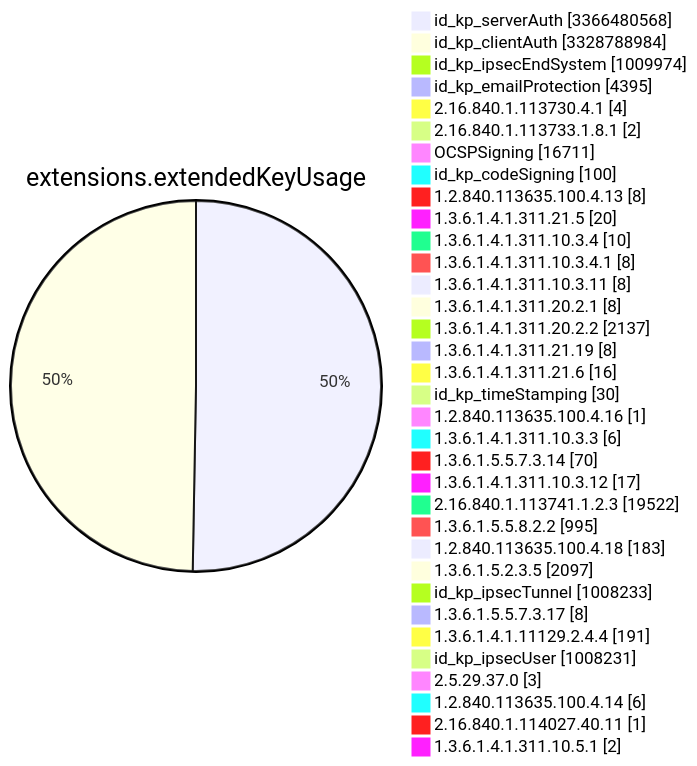
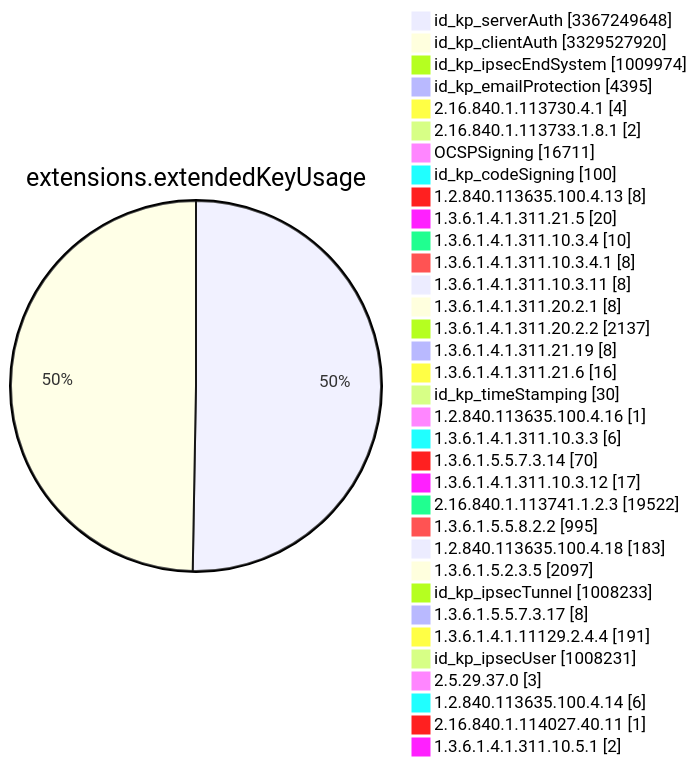
Before and after one commit to christiankrug/ctmonitor_visualization: diagram 11 of 15 in TOTAL/README.md, drawn with Mermaid. The commit also changed other lines of this file, not shown here.

````diff
--- a/TOTAL/README.md
+++ b/TOTAL/README.md
@@ -4120,38 +4120,38 @@
 ```mermaid
 pie showData
 title extensions.extendedKeyUsage
-"id_kp_serverAuth" :3366480568
-"id_kp_clientAuth" :3328788984
+"id_kp_serverAuth" :3367249648
+"id_kp_clientAuth" :3329527920
 "id_kp_ipsecEndSystem" :1009974
 "id_kp_emailProtection" :4395
 "2.16.840.1.113730.4.1" :4
 "2.16.840.1.113733.1.8.1" :2
 "OCSPSigning" :16711
 "id_kp_codeSigning" :100
 "1.2.840.113635.100.4.13" :8
 "1.3.6.1.4.1.311.21.5" :20
 "1.3.6.1.4.1.311.10.3.4" :10
 "1.3.6.1.4.1.311.10.3.4.1" :8
 "1.3.6.1.4.1.311.10.3.11" :8
 "1.3.6.1.4.1.311.20.2.1" :8
 "1.3.6.1.4.1.311.20.2.2" :2137
 "1.3.6.1.4.1.311.21.19" :8
 "1.3.6.1.4.1.311.21.6" :16
 "id_kp_timeStamping" :30
 "1.2.840.113635.100.4.16" :1
 "1.3.6.1.4.1.311.10.3.3" :6
 "1.3.6.1.5.5.7.3.14" :70
 "1.3.6.1.4.1.311.10.3.12" :17
 "2.16.840.1.113741.1.2.3" :19522
 "1.3.6.1.5.5.8.2.2" :995
 "1.2.840.113635.100.4.18" :183
 "1.3.6.1.5.2.3.5" :2097
 "id_kp_ipsecTunnel" :1008233
 "1.3.6.1.5.5.7.3.17" :8
 "1.3.6.1.4.1.11129.2.4.4" :191
 "id_kp_ipsecUser" :1008231
 "2.5.29.37.0" :3
 "1.2.840.113635.100.4.14" :6
 "2.16.840.1.114027.40.11" :1
 "1.3.6.1.4.1.311.10.5.1" :2
 ```
````
